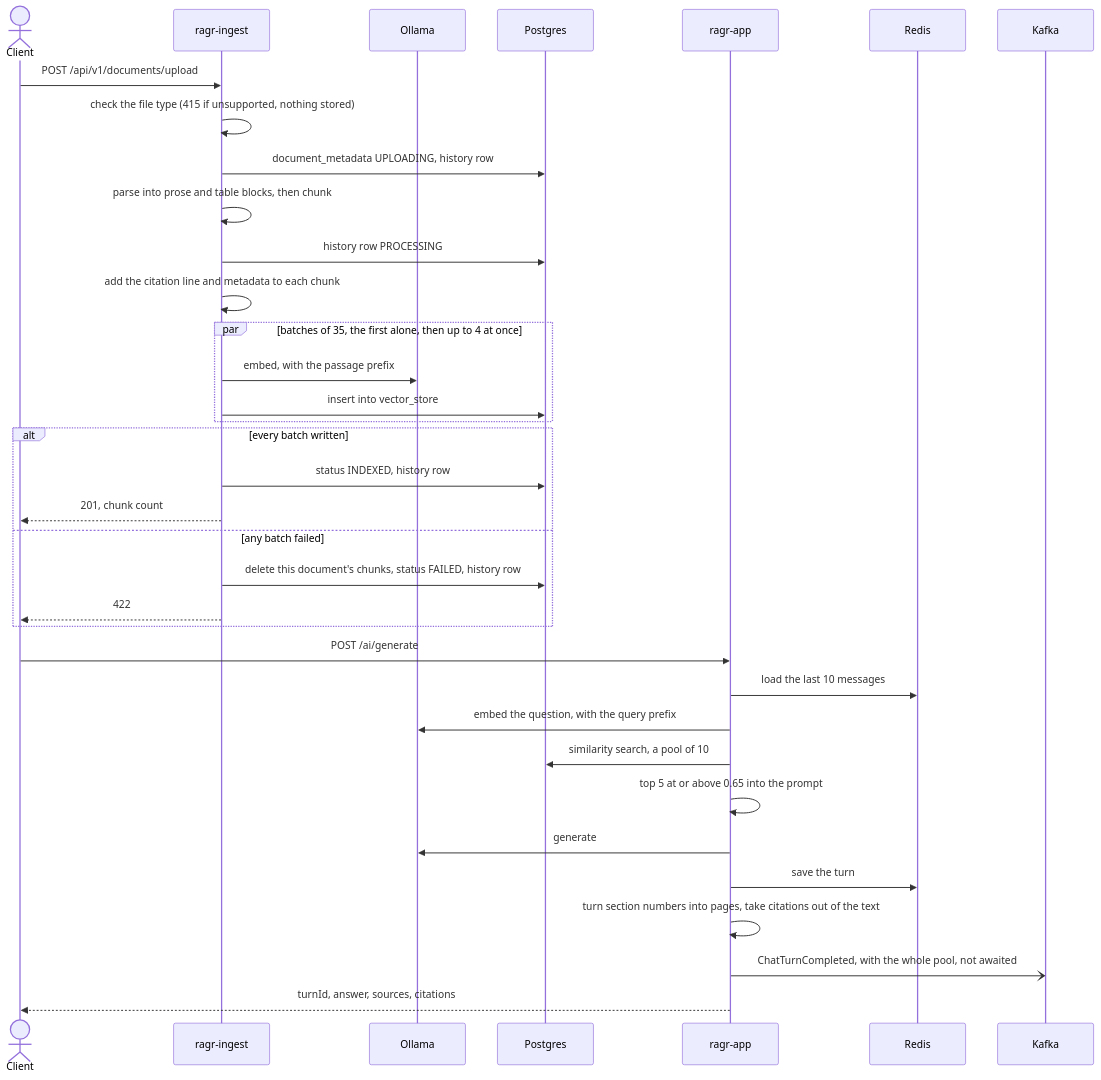
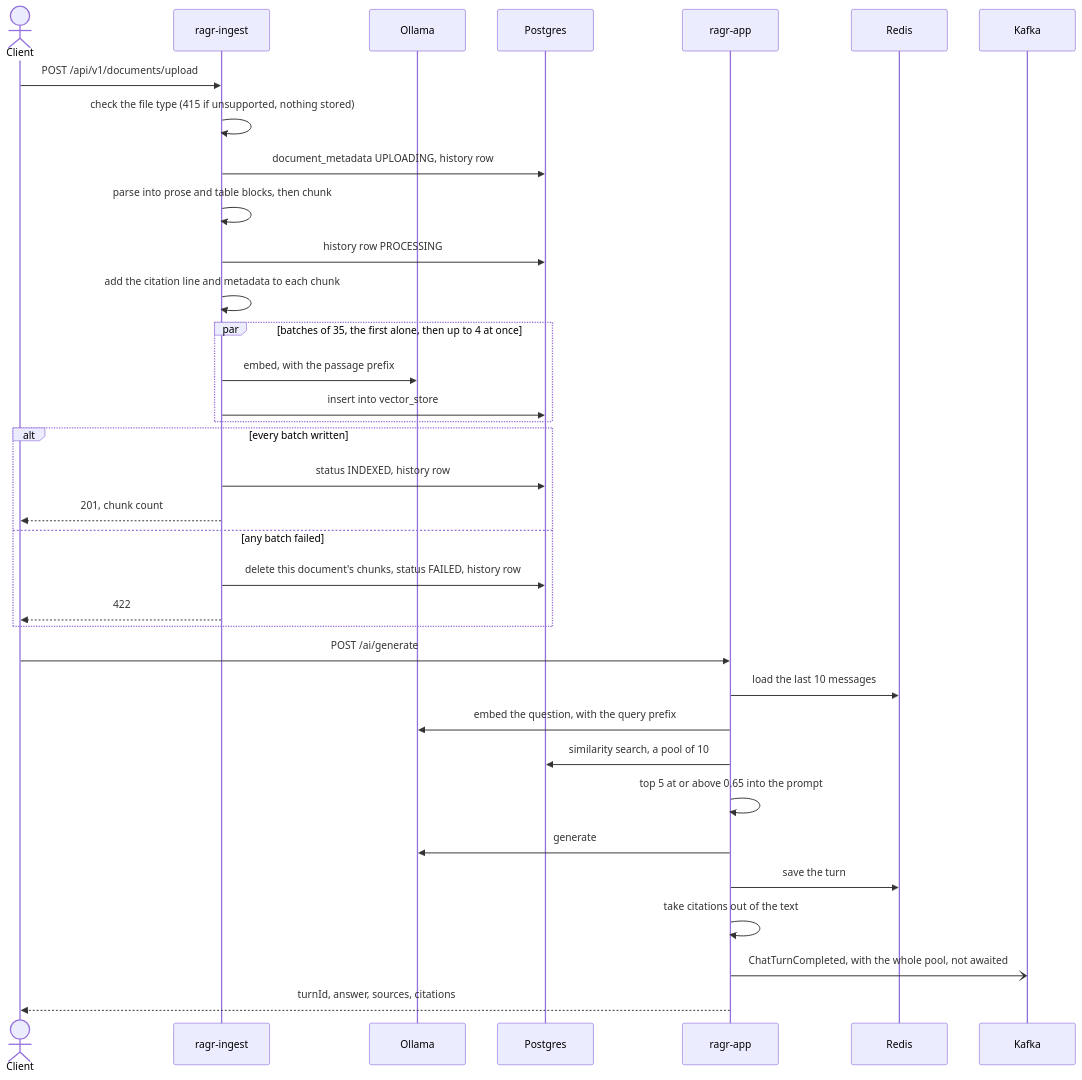
The second of 3 diagrams in README.md (subhanmishra/spring-ai), drawn with Mermaid before and after one commit. The commit also changed other lines of this file and 7 other files, not shown here.

````diff
--- a/README.md
+++ b/README.md
@@ -117,39 +118,39 @@
 ```mermaid
 sequenceDiagram
     actor U as Client
     participant I as ragr-ingest
     participant O as Ollama
     participant P as Postgres
     participant C as ragr-app
     participant R as Redis
     participant K as Kafka
 
     U->>I: POST /api/v1/documents/upload
     I->>I: check the file type (415 if unsupported, nothing stored)
     I->>P: document_metadata UPLOADING, history row
     I->>I: parse into prose and table blocks, then chunk
     I->>P: history row PROCESSING
     I->>I: add the citation line and metadata to each chunk
     par batches of 35, the first alone, then up to 4 at once
         I->>O: embed, with the passage prefix
         I->>P: insert into vector_store
     end
     alt every batch written
         I->>P: status INDEXED, history row
         I-->>U: 201, chunk count
     else any batch failed
         I->>P: delete this document's chunks, status FAILED, history row
         I-->>U: 422
     end
 
     U->>C: POST /ai/generate
     C->>R: load the last 10 messages
     C->>O: embed the question, with the query prefix
     C->>P: similarity search, a pool of 10
     C->>C: top 5 at or above 0.65 into the prompt
     C->>O: generate
     C->>R: save the turn
-    C->>C: turn section numbers into pages, take citations out of the text
+    C->>C: take citations out of the text
     C-)K: ChatTurnCompleted, with the whole pool, not awaited
     C-->>U: turnId, answer, sources, citations
 ```
````
